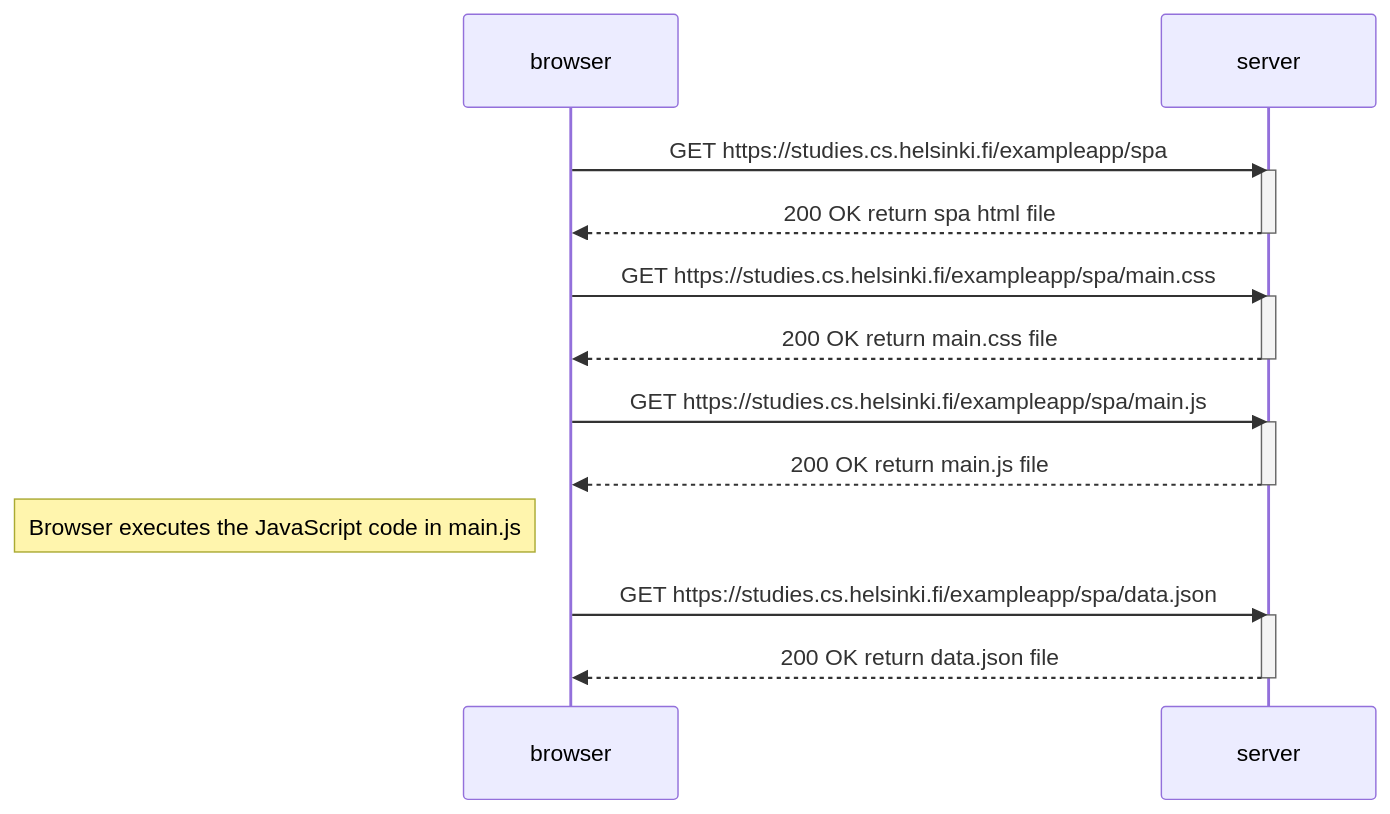
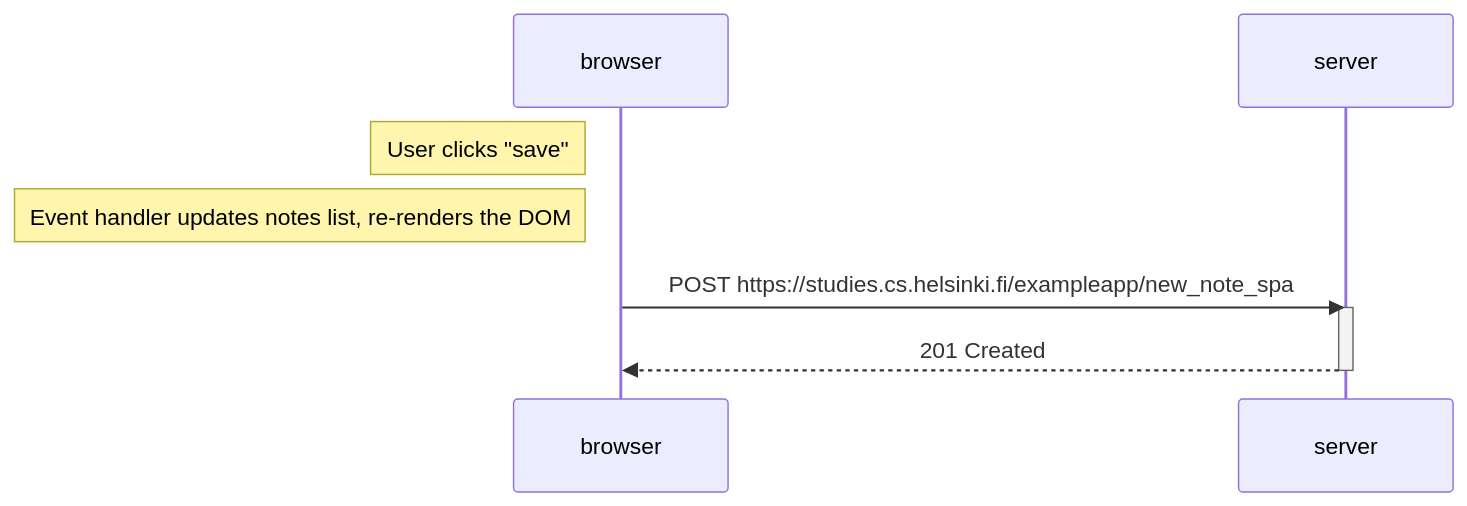
The diagram in part0/part0.6.md (RandomWrecher/full_stack_open), drawn with Mermaid before and after one commit. The commit also changed 1 other file, not shown here.

Commit message:
completed 0.5 and 0.6

````diff
--- a/part0/part0.6.md
+++ b/part0/part0.6.md
@@ -1,27 +1,12 @@
 ```mermaid
 sequenceDiagram
     participant browser
     participant server
 
-    browser->>server: GET https://studies.cs.helsinki.fi/exampleapp/spa
+    Note left of browser: User clicks "save"
+    Note left of browser: Event handler updates notes list, re-renders the DOM
+    browser->>server: POST https://studies.cs.helsinki.fi/exampleapp/new_note_spa
     activate server
-    server-->>browser: 200 OK return spa html file
-    deactivate server
-
-    browser->>server: GET https://studies.cs.helsinki.fi/exampleapp/spa/main.css
-    activate server
-    server-->>browser: 200 OK return main.css file
-    deactivate server
-
-    browser->>server: GET https://studies.cs.helsinki.fi/exampleapp/spa/main.js
-    activate server
-    server-->>browser: 200 OK return main.js file
-    deactivate server
-
-    Note left of browser: Browser executes the JavaScript code in main.js
-
-    browser->>server: GET https://studies.cs.helsinki.fi/exampleapp/spa/data.json
-    activate server
-    server-->>browser: 200 OK return data.json file
+    server-->>browser: 201 Created 
     deactivate server
 ```
````
